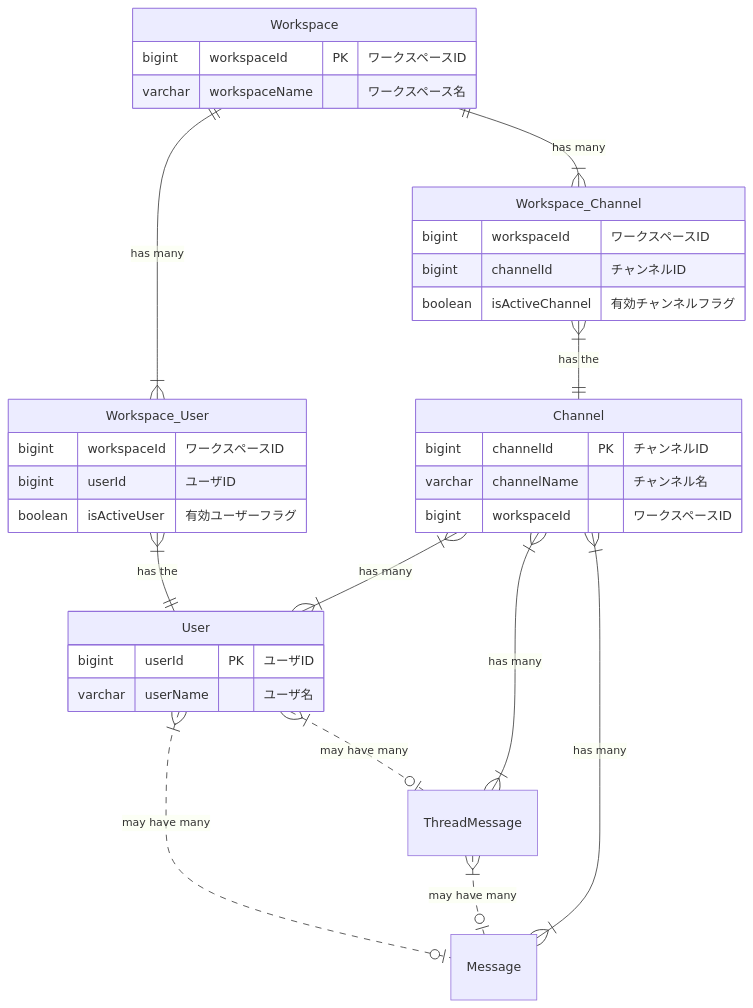
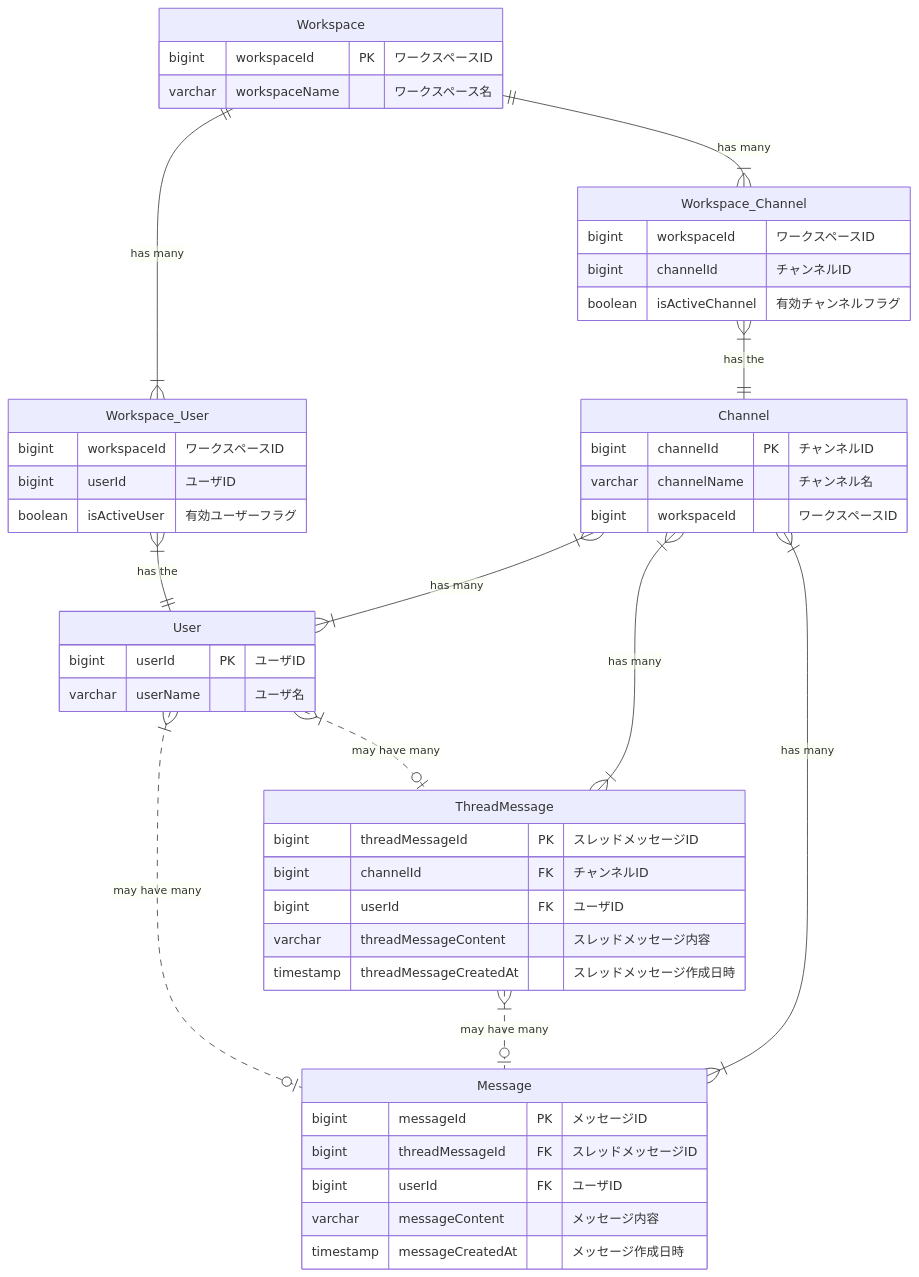
Before and after one commit to junseinagao/praha-challenge: the second of 2 diagrams in データベース設計/DBモデリング2/README.md, drawn with Mermaid. The commit also changed other lines of this file, not shown here.

````diff
--- a/データベース設計/DBモデリング2/README.md
+++ b/データベース設計/DBモデリング2/README.md
@@ -21,42 +23,58 @@
 ```mermaid
 erDiagram
   Workspace ||--|{ Workspace_User : "has many"
   Workspace_User }|--|| User : "has the"
   Workspace ||--|{ Workspace_Channel : "has many"
   Workspace_Channel }|--|| Channel : "has the"
 
   Workspace {
     bigint workspaceId PK "ワークスペースID"
     varchar workspaceName "ワークスペース名"
   }
 
   Workspace_User {
     bigint workspaceId "ワークスペースID"
     bigint userId "ユーザID"
     boolean isActiveUser "有効ユーザーフラグ"
   }
 
   User {
     bigint userId PK "ユーザID"
     varchar userName "ユーザ名"
   }
 
   Workspace_Channel {
     bigint workspaceId "ワークスペースID"
     bigint channelId "チャンネルID"
     boolean isActiveChannel "有効チャンネルフラグ"
   }
 
   Channel {
     bigint channelId PK "チャンネルID"
     varchar channelName "チャンネル名"
     bigint workspaceId "ワークスペースID"
   }
 
+  ThreadMessage {
+    bigint threadMessageId PK "スレッドメッセージID"
+    bigint channelId FK "チャンネルID"
+    bigint userId FK "ユーザID"
+    varchar threadMessageContent "スレッドメッセージ内容"
+    timestamp threadMessageCreatedAt "スレッドメッセージ作成日時"
+  }
+
+  Message {
+    bigint messageId PK "メッセージID"
+    bigint threadMessageId FK "スレッドメッセージID"
+    bigint userId FK "ユーザID"
+    varchar messageContent "メッセージ内容"
+    timestamp messageCreatedAt "メッセージ作成日時"
+  }
+
   User }|..o| ThreadMessage : "may have many"
   User }|..o| Message : "may have many"
   ThreadMessage }|..o| Message : "may have many"
   Channel }|--|{ User : "has many"
   Channel }|--|{ Message : "has many"
   Channel }|--|{ ThreadMessage : "has many"
 ```
````
